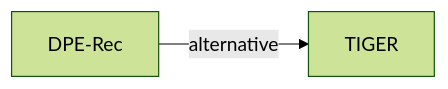
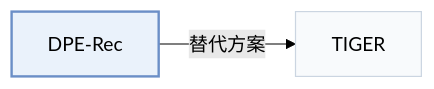
One commit to Galaxy-ghost/Awesome-SID-Generative-Rec changed the second of 2 diagrams in pages/zh/papers/dpe-rec.md. Above: the diagram before and after it, drawn with Mermaid (forest theme). The commit also changed other lines of this file and 649 other files, not shown here.

Commit message:
writer-05: also tags and modality index (schema, check, build, visuals); summary field removed; calibration data for 12 papers

````diff
--- a/pages/zh/papers/dpe-rec.md
+++ b/pages/zh/papers/dpe-rec.md
@@ -70,5 +74,9 @@
 ```mermaid
 flowchart LR
     P["DPE-Rec"]
-    P -->|alternative| A["TIGER"]
+    P -->|"替代方案"| A["TIGER"]
+    classDef main fill:#eaf2fb,stroke:#6b8fc7,stroke-width:2px
+    classDef peer fill:#f8fafc,stroke:#cbd5e1
+    class P main
+    class A peer
 ```
````
